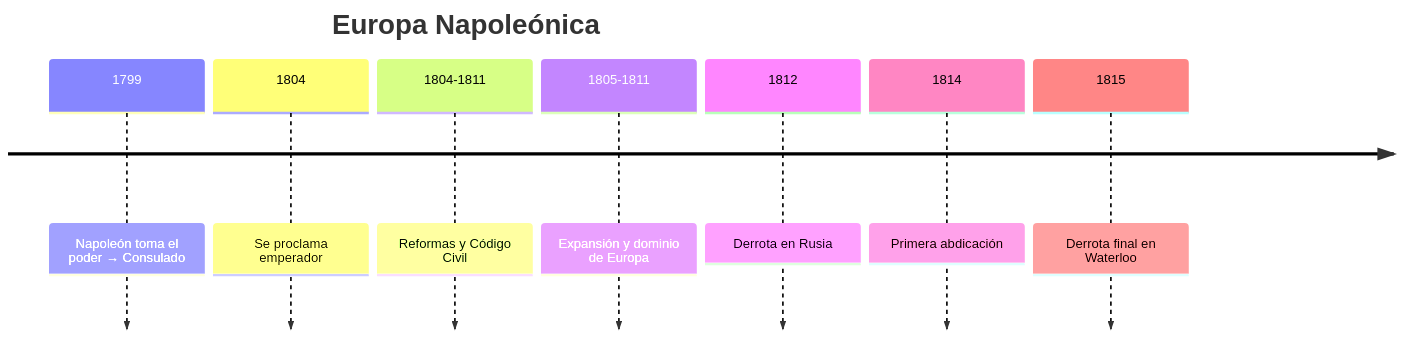
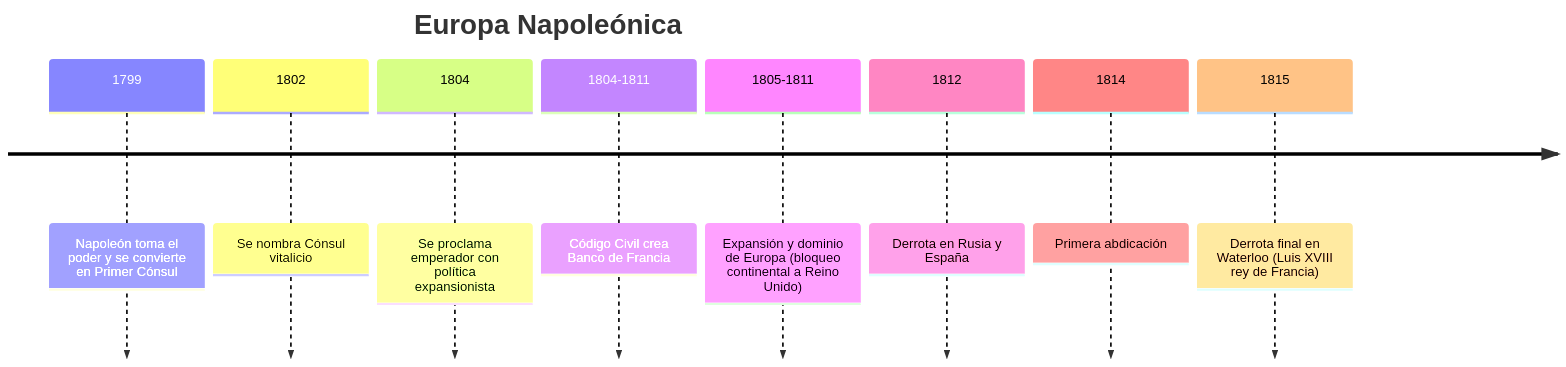
One commit to ajab138/OscarColegio changed the fifth of 10 diagrams in Historia y Geografia/Tema2. Las revoluciones liberales.md. Above: the diagram before and after it, drawn with Mermaid. The commit also changed other lines of this file, not shown here.

````diff
--- a/Historia y Geografia/Tema2. Las revoluciones liberales.md
+++ b/Historia y Geografia/Tema2. Las revoluciones liberales.md
@@ -95,11 +54,12 @@
 ```mermaid
 timeline
   title Europa Napoleónica
-  1799 : Napoleón toma el poder → Consulado
-  1804 : Se proclama emperador
-  1804-1811 : Reformas y Código Civil
-  1805-1811 : Expansión y dominio de Europa
-  1812 : Derrota en Rusia
+  1799 : Napoleón toma el poder y se convierte en Primer Cónsul
+  1802 : Se nombra Cónsul vitalicio 
+  1804 : Se proclama emperador con política expansionista
+  1804-1811 : Código Civil crea Banco de Francia
+  1805-1811 : Expansión y dominio de Europa (bloqueo continental a Reino Unido)
+  1812 : Derrota en Rusia y España
   1814 : Primera abdicación
-  1815 : Derrota final en Waterloo
+  1815 : Derrota final en Waterloo (Luis XVIII rey de Francia)
 ```
````
